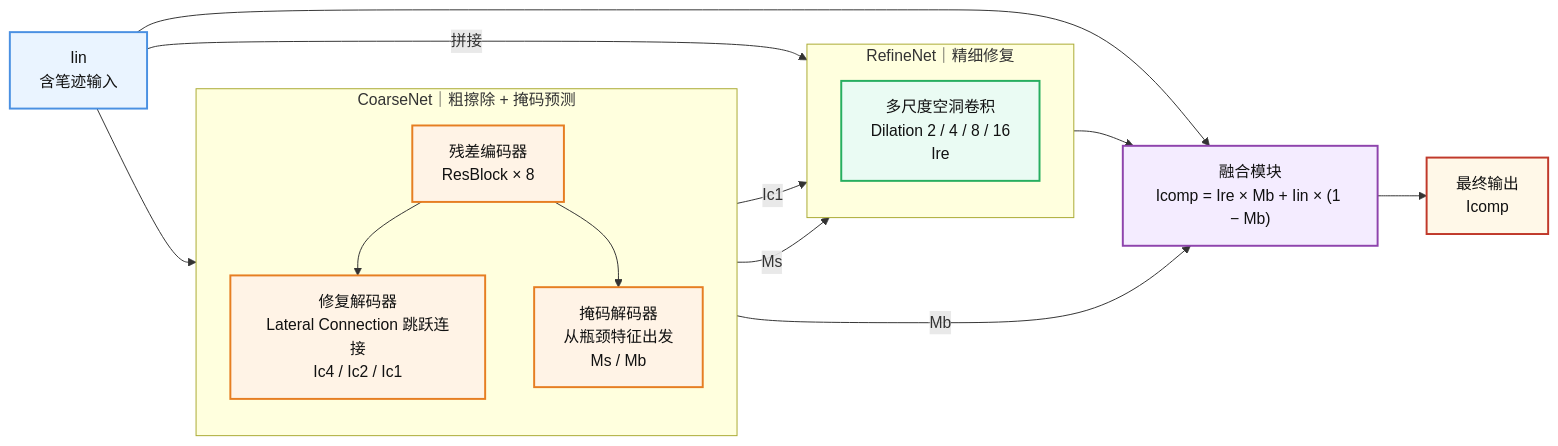
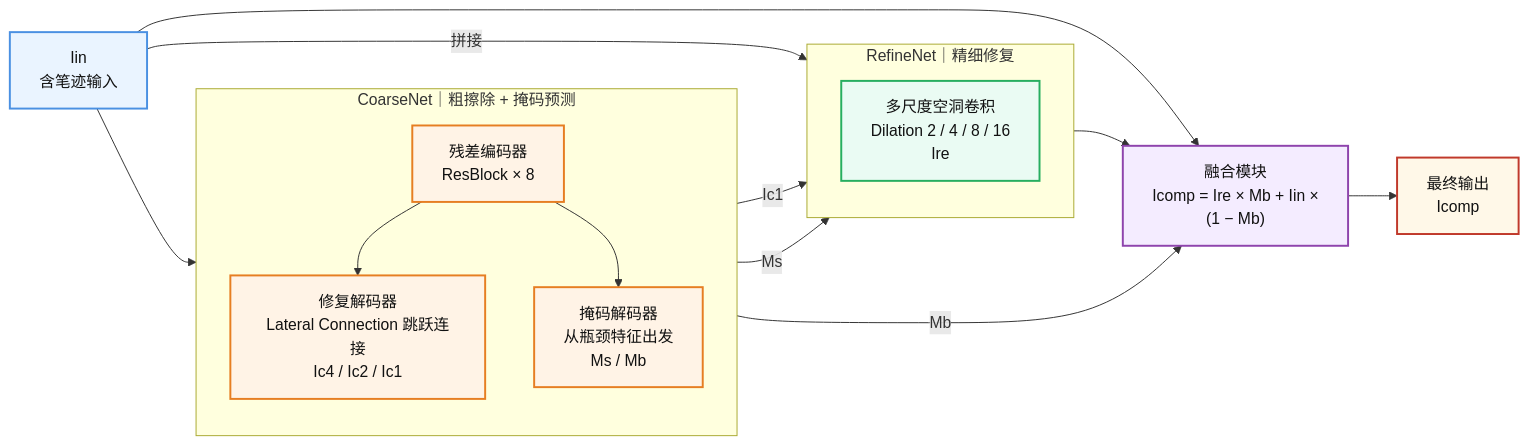
One commit to xiaozhejiya/ensexam-gan changed the diagram in README.md. Above: the diagram before and after it, drawn with Mermaid.

Commit message:
docs:修复公式错误显示

````diff
--- a/README.md
+++ b/README.md
@@ -9,44 +9,44 @@
 ```mermaid
 flowchart LR
 
     Iin["Iin<br/>含笔迹输入"]
 
     subgraph CoarseNet["CoarseNet｜粗擦除 + 掩码预测"]
         direction TB
         ENC["残差编码器<br/>ResBlock × 8"]
         RD["修复解码器<br/>Lateral Connection 跳跃连接<br/>Ic4 / Ic2 / Ic1"]
         MD["掩码解码器<br/>从瓶颈特征出发<br/>Ms / Mb"]
 
         ENC --> RD
         ENC --> MD
     end
 
     subgraph RefineNet["RefineNet｜精细修复"]
         direction TB
         RF["多尺度空洞卷积<br/>Dilation 2 / 4 / 8 / 16<br/>Ire"]
     end
 
-    FUSE["融合模块<br/>Icomp = Ire × Mb + Iin × (1 − Mb)"]
+    FUSE["融合模块<br/>Icomp = Ire × Mb + Iin × <br/>(1 − Mb)"]
     Out["最终输出<br/>Icomp"]
 
     Iin --> CoarseNet
     RD -- Ic1 --> RF
     MD -- Ms --> RF
     Iin -- 拼接 --> RF
     RF --> FUSE
     MD -- Mb --> FUSE
     Iin --> FUSE
     FUSE --> Out
 
     classDef input fill:#EAF4FF,stroke:#4A90E2,stroke-width:2px,color:#111;
     classDef coarse fill:#FFF3E6,stroke:#E67E22,stroke-width:2px,color:#111;
     classDef refine fill:#EAFBF3,stroke:#27AE60,stroke-width:2px,color:#111;
     classDef fusion fill:#F4ECFF,stroke:#8E44AD,stroke-width:2px,color:#111;
     classDef output fill:#FFF8E8,stroke:#C0392B,stroke-width:2px,color:#111;
 
     class Iin input
     class ENC,RD,MD coarse
     class RF refine
     class FUSE fusion
     class Out output
 ```
````
